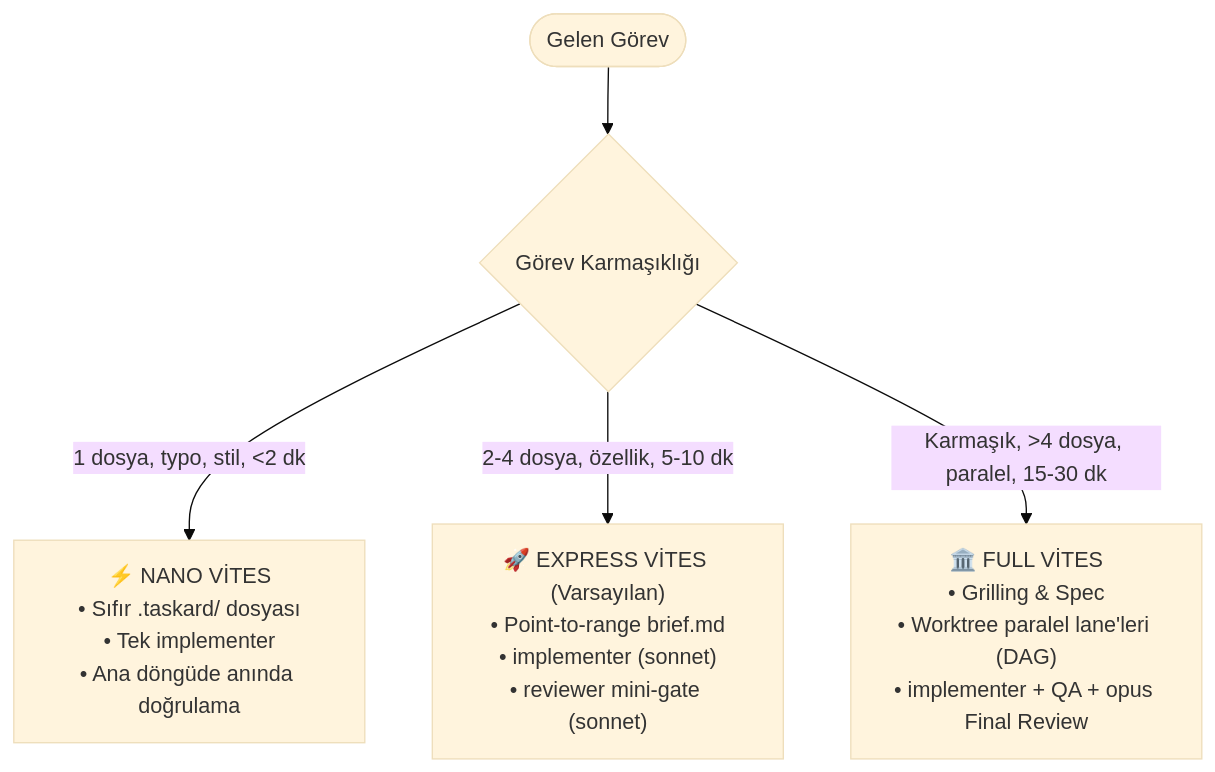
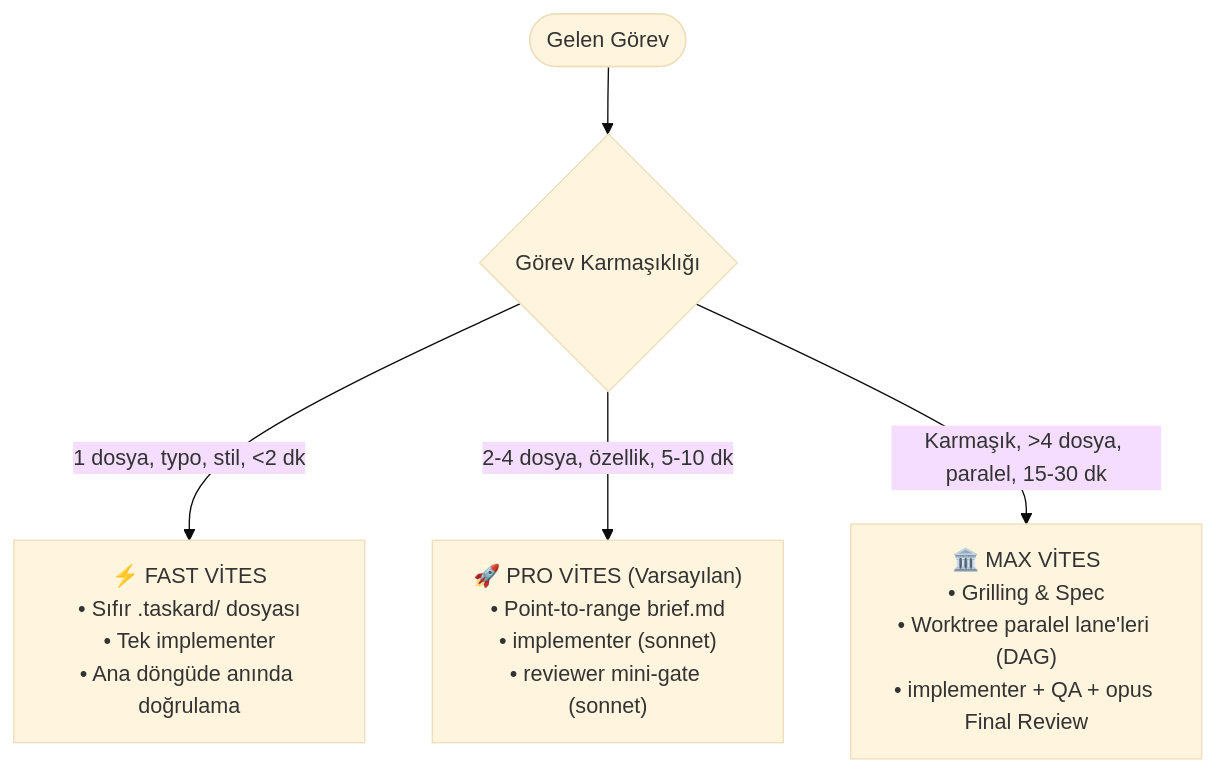
One commit to emirrtopaloglu/Taskard changed the diagram in README.tr.md. Above: the diagram before and after it, drawn with Mermaid (base theme). The commit also changed other lines of this file and 20 other files, not shown here.

Commit message:
refactor(gears): unify 3-speed transmission terminology to Fast, Pro, and Max

````diff
--- a/README.tr.md
+++ b/README.tr.md
@@ -131,8 +138,8 @@
 ```mermaid
 flowchart TD
     Task([Gelen Görev]) --> Classify{Görev Karmaşıklığı}
     
-    Classify -->|1 dosya, typo, stil, <2 dk| Nano["⚡ NANO VİTES\n• Sıfır .taskard/ dosyası\n• Tek implementer\n• Ana döngüde anında doğrulama"]
-    Classify -->|2-4 dosya, özellik, 5-10 dk| Express["🚀 EXPRESS VİTES (Varsayılan)\n• Point-to-range brief.md\n• implementer (sonnet)\n• reviewer mini-gate (sonnet)"]
-    Classify -->|Karmaşık, >4 dosya, paralel, 15-30 dk| Full["🏛️ FULL VİTES\n• Grilling & Spec\n• Worktree paralel lane'leri (DAG)\n• implementer + QA + opus Final Review"]
+    Classify -->|1 dosya, typo, stil, <2 dk| Fast["⚡ FAST VİTES\n• Sıfır .taskard/ dosyası\n• Tek implementer\n• Ana döngüde anında doğrulama"]
+    Classify -->|2-4 dosya, özellik, 5-10 dk| Pro["🚀 PRO VİTES (Varsayılan)\n• Point-to-range brief.md\n• implementer (sonnet)\n• reviewer mini-gate (sonnet)"]
+    Classify -->|Karmaşık, >4 dosya, paralel, 15-30 dk| Max["🏛️ MAX VİTES\n• Grilling & Spec\n• Worktree paralel lane'leri (DAG)\n• implementer + QA + opus Final Review"]
 ```
````
